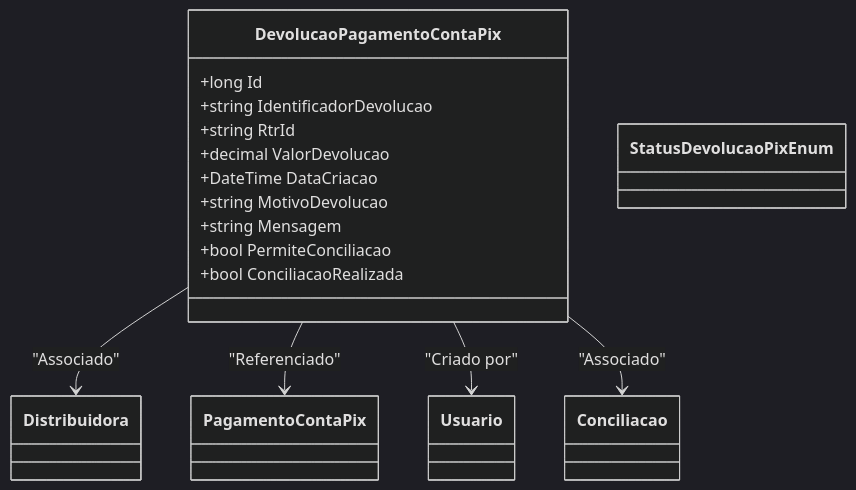
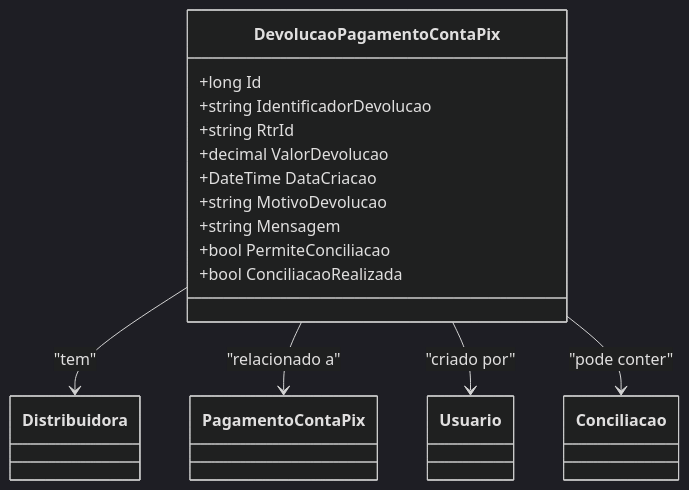
Before and after one commit to IsthmusSistemas/documentacao-tecnica: the diagram in docs/b2b-dominio/IsthmusWinthor.Nucleo/IsthmusWinthor.Dominio/Entidades/DevolucaoPagamentoContaPix.md, drawn with Mermaid (dark theme). The commit also changed other lines of this file and 882 other files, not shown here.

````diff
--- a/docs/b2b-dominio/IsthmusWinthor.Nucleo/IsthmusWinthor.Dominio/Entidades/DevolucaoPagamentoContaPix.md
+++ b/docs/b2b-dominio/IsthmusWinthor.Nucleo/IsthmusWinthor.Dominio/Entidades/DevolucaoPagamentoContaPix.md
@@ -33,24 +30,23 @@
 ```mermaid
 classDiagram
     class DevolucaoPagamentoContaPix {
         +long Id
         +string IdentificadorDevolucao
         +string RtrId
         +decimal ValorDevolucao
         +DateTime DataCriacao
         +string MotivoDevolucao
         +string Mensagem
         +bool PermiteConciliacao
         +bool ConciliacaoRealizada
     }
     class Distribuidora
     class PagamentoContaPix
     class Usuario
     class Conciliacao
-    class StatusDevolucaoPixEnum
 
-    DevolucaoPagamentoContaPix --> Distribuidora : "Associado"
-    DevolucaoPagamentoContaPix --> PagamentoContaPix : "Referenciado"
-    DevolucaoPagamentoContaPix --> Usuario : "Criado por"
-    DevolucaoPagamentoContaPix --> Conciliacao : "Associado"
-```
+    DevolucaoPagamentoContaPix --> Distribuidora : "tem"
+    DevolucaoPagamentoContaPix --> PagamentoContaPix : "relacionado a"
+    DevolucaoPagamentoContaPix --> Usuario : "criado por"
+    DevolucaoPagamentoContaPix --> Conciliacao : "pode conter"
+``` 
````
